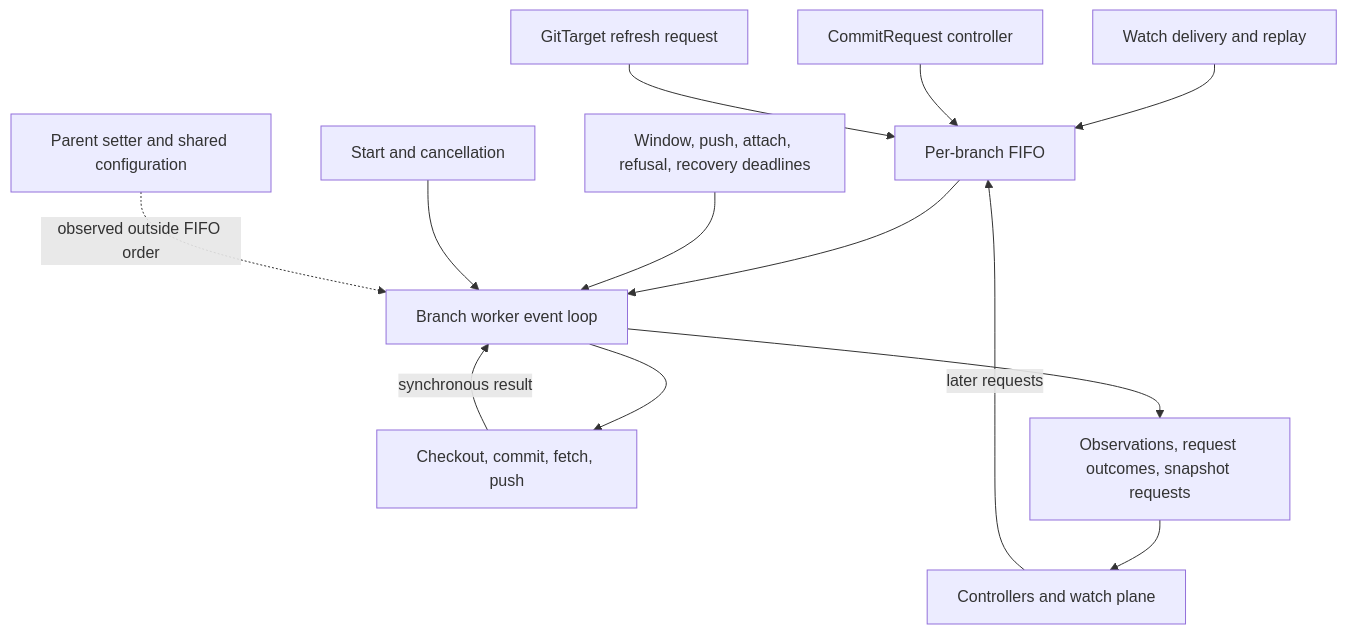
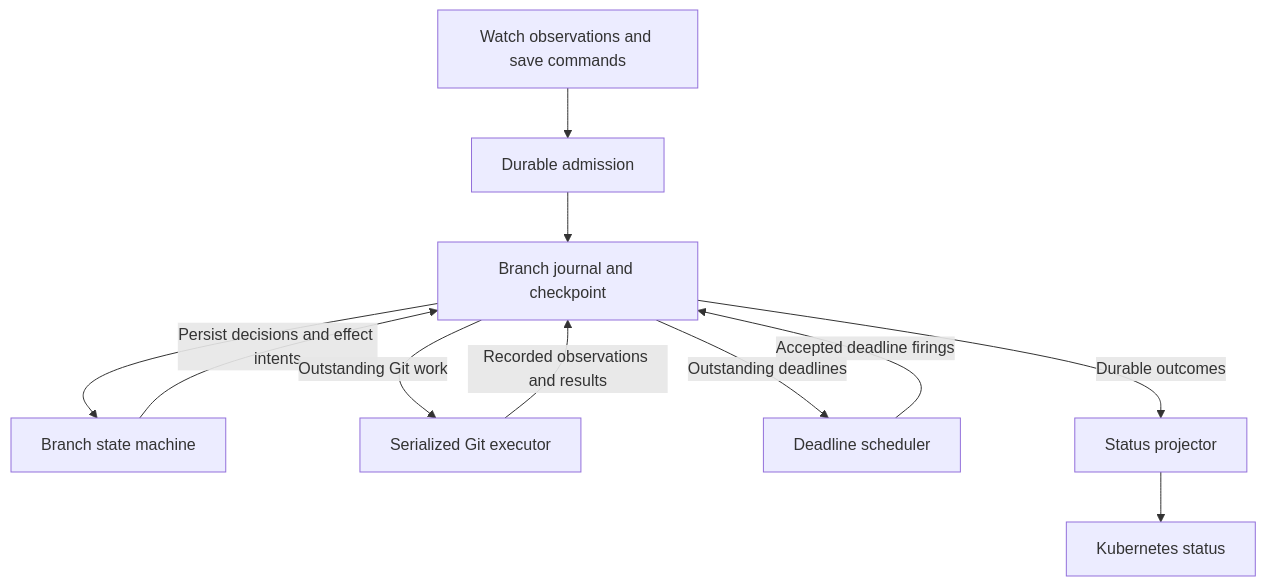
The diagram in docs/design/branch-worker-event-model.md (ConfigButler/gitops-reverser), drawn with Mermaid before and after one commit. The commit also changed other lines of this file and 17 other files, not shown here.

````diff
--- a/docs/design/branch-worker-event-model.md
+++ b/docs/design/branch-worker-event-model.md
@@ -41,15 +308,13 @@
 ```mermaid
 flowchart TD
-    W[Watch delivery and replay] --> Q[Per-branch FIFO]
-    C[CommitRequest controller] --> Q
-    R[GitTarget refresh request] --> Q
-    Q --> L[Branch worker event loop]
-    T[Window, push, attach, refusal, recovery deadlines] --> L
-    S[Start and cancellation] --> L
-    X[Parent setter and shared configuration] -. observed outside FIFO order .-> L
-    L --> G[Checkout, commit, fetch, push]
-    G -->|synchronous result| L
-    L --> O[Observations, request outcomes, snapshot requests]
-    O --> P[Controllers and watch plane]
-    P -->|later requests| Q
+    I[Watch observations and save commands] --> A[Durable admission]
+    A --> J[Branch journal and checkpoint]
+    J --> W[Branch state machine]
+    W -->|Persist decisions and effect intents| J
+    J -->|Outstanding Git work| G[Serialized Git executor]
+    G -->|Recorded observations and results| J
+    J -->|Outstanding deadlines| T[Deadline scheduler]
+    T -->|Accepted deadline firings| J
+    J -->|Durable outcomes| P[Status projector]
+    P --> K[Kubernetes status]
 ```
````
